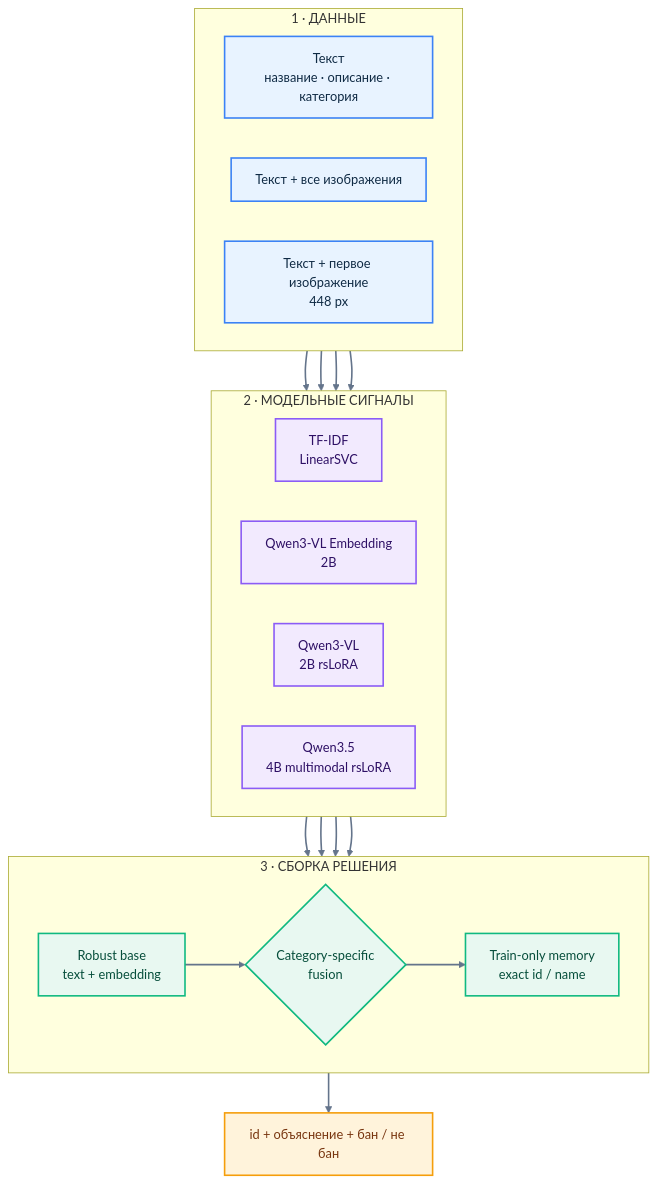
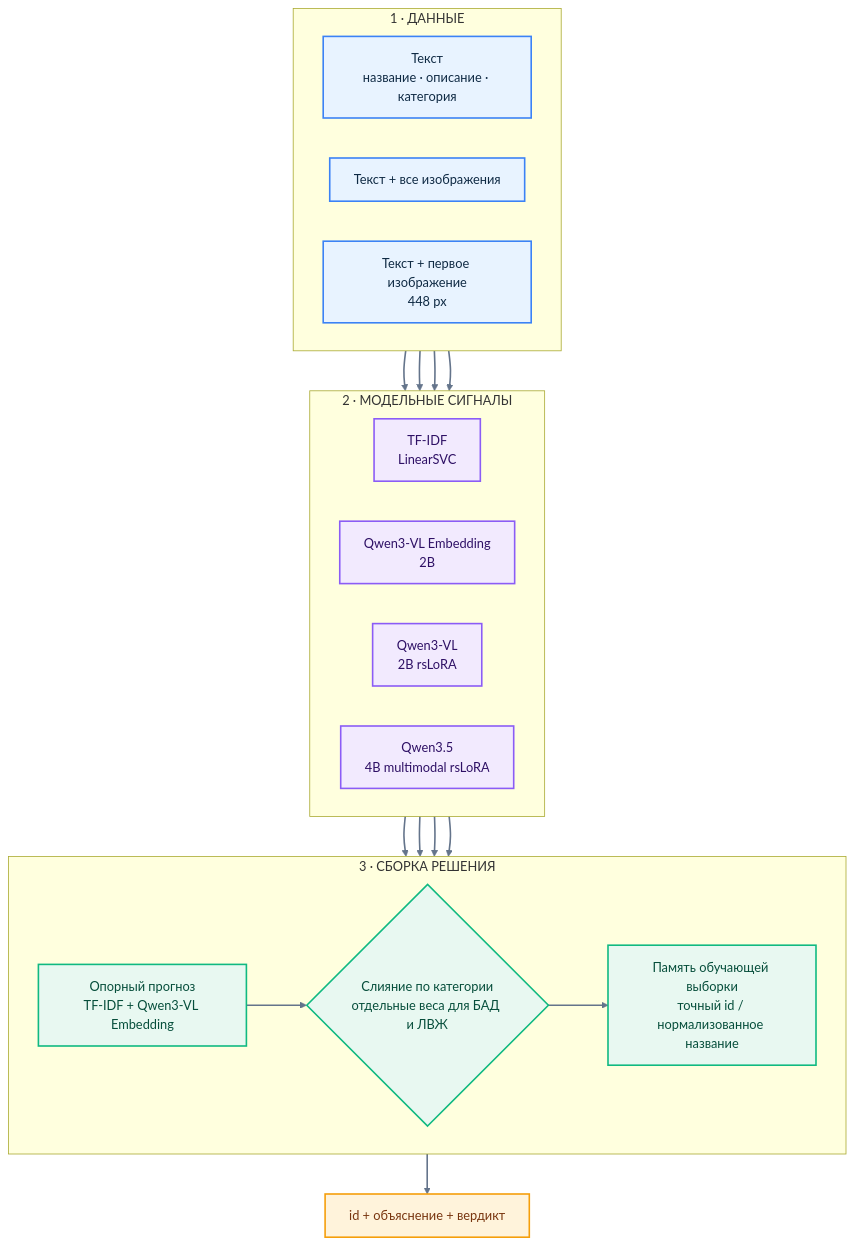
One commit to triflt/ecup-2026-quality changed the diagram in docs/research/solution-140-journey.md. Above: the diagram before and after it, drawn with Mermaid. The commit also changed other lines of this file and 19 other files, not shown here.

````diff
--- a/docs/research/solution-140-journey.md
+++ b/docs/research/solution-140-journey.md
@@ -19,47 +19,47 @@
 ```mermaid
 flowchart TB
     subgraph DATA["1 · ДАННЫЕ"]
         direction LR
         DT["Текст<br/>название · описание · категория"]
         DA["Текст + все изображения"]
         D1["Текст + первое изображение<br/>448 px"]
     end
 
     subgraph MODELS["2 · МОДЕЛЬНЫЕ СИГНАЛЫ"]
         direction LR
         S["TF-IDF<br/>LinearSVC"]
         E["Qwen3-VL Embedding<br/>2B"]
         V["Qwen3-VL<br/>2B rsLoRA"]
         Q["Qwen3.5<br/>4B multimodal rsLoRA"]
     end
 
     subgraph DECISION["3 · СБОРКА РЕШЕНИЯ"]
         direction LR
-        R["Robust base<br/>text + embedding"]
-        F{"Category-specific<br/>fusion"}
-        M["Train-only memory<br/>exact id / name"]
+        R["Опорный прогноз<br/>TF-IDF + Qwen3-VL Embedding"]
+        F{"Слияние по категории<br/>отдельные веса для БАД и ЛВЖ"}
+        M["Память обучающей выборки<br/>точный id / нормализованное название"]
     end
 
-    O["id + объяснение + бан / не бан"]
+    O["id + объяснение + вердикт"]
 
     DT --> S
     DA --> E
     D1 --> V
     D1 --> Q
     S --> R
     E --> R
     R --> F
     V --> F
     Q --> F
     F --> M --> O
 
     classDef data fill:#E8F3FF,stroke:#3B82F6,color:#0F2A44,stroke-width:2px;
     classDef model fill:#F2EAFE,stroke:#8B5CF6,color:#2E1065,stroke-width:2px;
     classDef decision fill:#E8F8F1,stroke:#10B981,color:#064E3B,stroke-width:2px;
     classDef output fill:#FFF3DB,stroke:#F59E0B,color:#78350F,stroke-width:2px;
     class DT,DA,D1 data;
     class S,E,V,Q model;
     class R,F,M decision;
     class O output;
     linkStyle default stroke:#64748B,stroke-width:2px;
 ```
````
